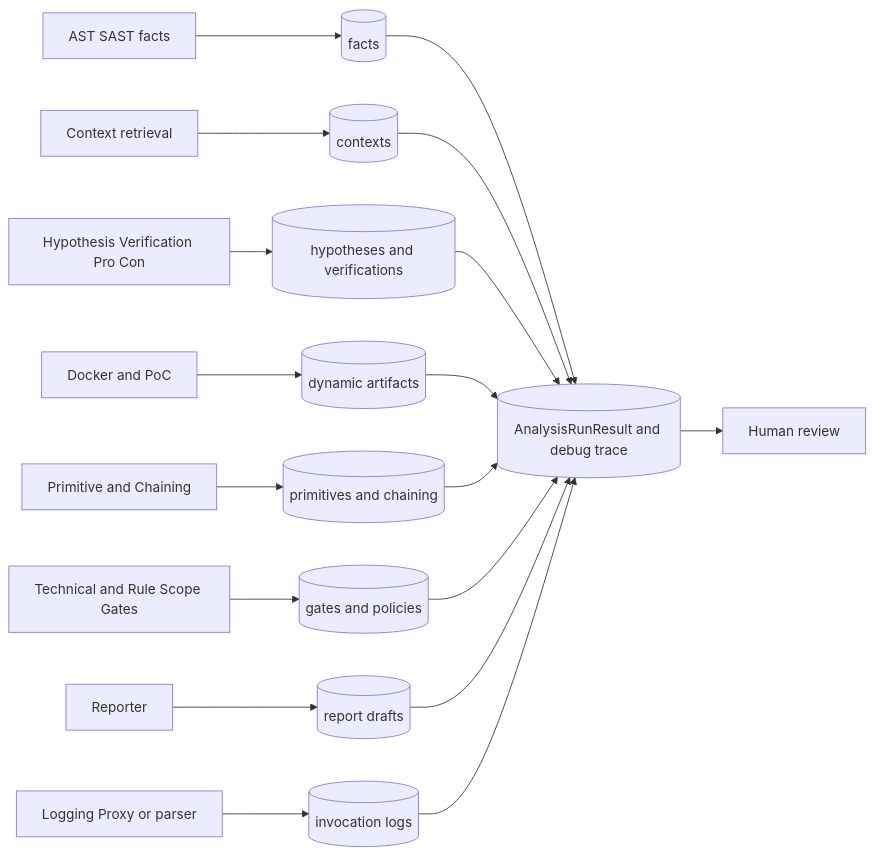
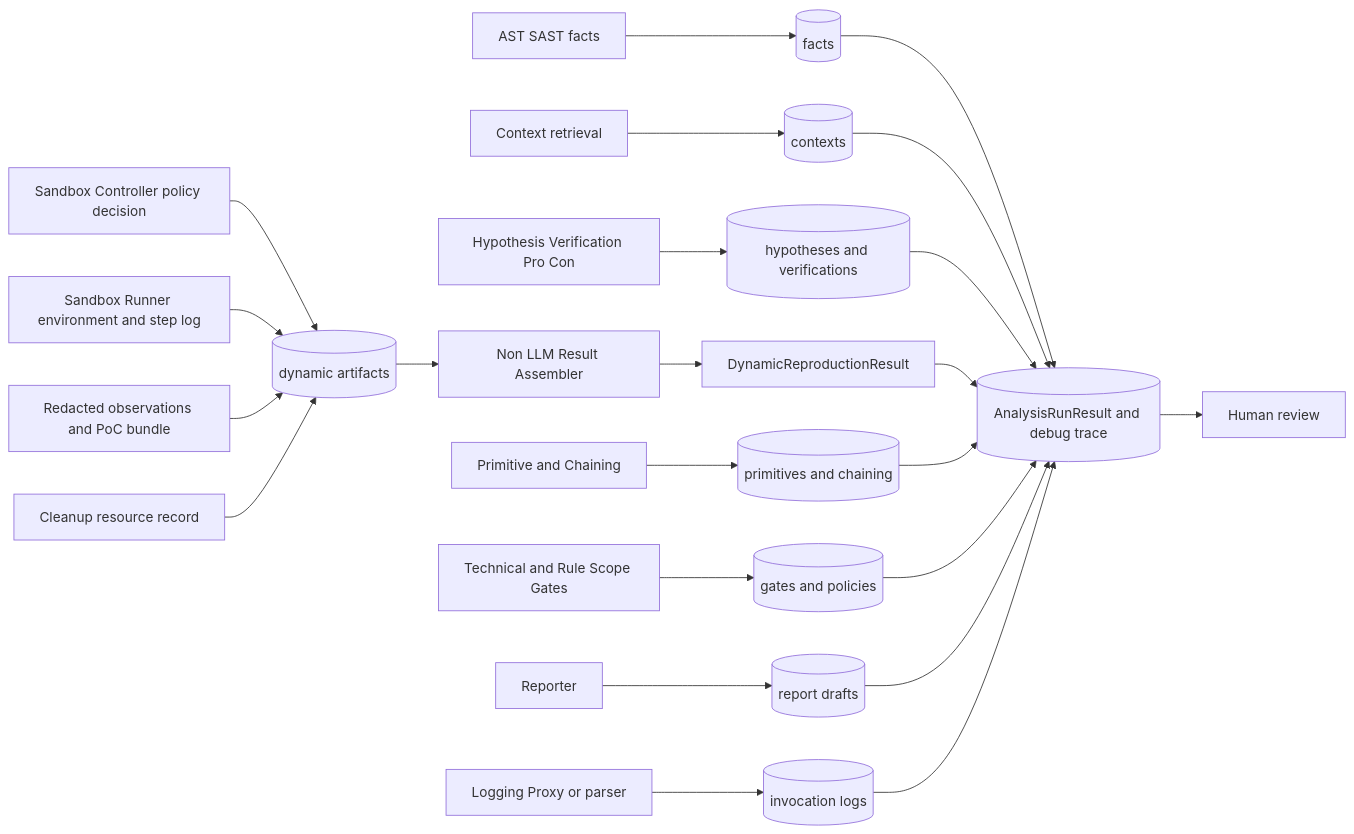
The eighth of 13 diagrams in docs/architecture-v5/13-architecture-diagrams.md (SASTsimi/sastsimi), drawn with Mermaid before and after one commit. The commit also changed 6 other files, not shown here.

Commit message:
docs: define R7 dynamic evidence and PoC artifacts

````diff
--- a/docs/architecture-v5/13-architecture-diagrams.md
+++ b/docs/architecture-v5/13-architecture-diagrams.md
@@ -266,20 +266,25 @@
 ```mermaid
 flowchart LR
     STATIC[AST SAST facts] --> FACTS[(facts)]
     CONTEXT[Context retrieval] --> CONTEXTS[(contexts)]
     AGENTS[Hypothesis Verification Pro Con] --> RESULTS[(hypotheses and verifications)]
-    DYNAMIC[Docker and PoC] --> DYNSTORE[(dynamic artifacts)]
+    CONTROLLER[Sandbox Controller policy decision] --> DYNSTORE[(dynamic artifacts)]
+    RUNNER[Sandbox Runner environment and step log] --> DYNSTORE
+    OBSERVE[Redacted observations and PoC bundle] --> DYNSTORE
+    CLEANUP[Cleanup resource record] --> DYNSTORE
+    DYNSTORE --> ASSEMBLER[Non LLM Result Assembler]
+    ASSEMBLER --> DYNRESULT[DynamicReproductionResult]
     PR[Primitive and Chaining] --> PRSTORE[(primitives and chaining)]
     GATES[Technical and Rule Scope Gates] --> GATESTORE[(gates and policies)]
     REPORT[Reporter] --> REPORTS[(report drafts)]
     LLM[Logging Proxy or parser] --> INV[(invocation logs)]
     FACTS --> RUN[(AnalysisRunResult and debug trace)]
     CONTEXTS --> RUN
     RESULTS --> RUN
-    DYNSTORE --> RUN
+    DYNRESULT --> RUN
     PRSTORE --> RUN
     GATESTORE --> RUN
     REPORTS --> RUN
     INV --> RUN
     RUN --> HUMAN[Human review]
 ```
````
